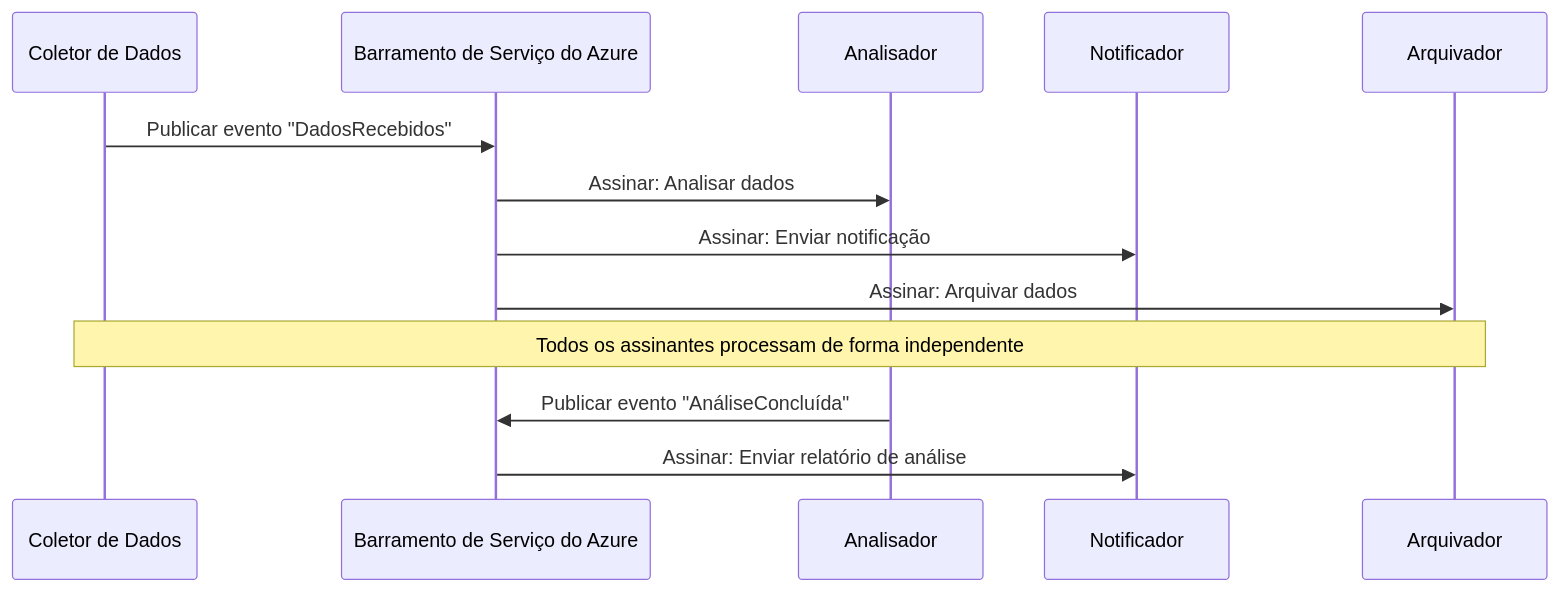
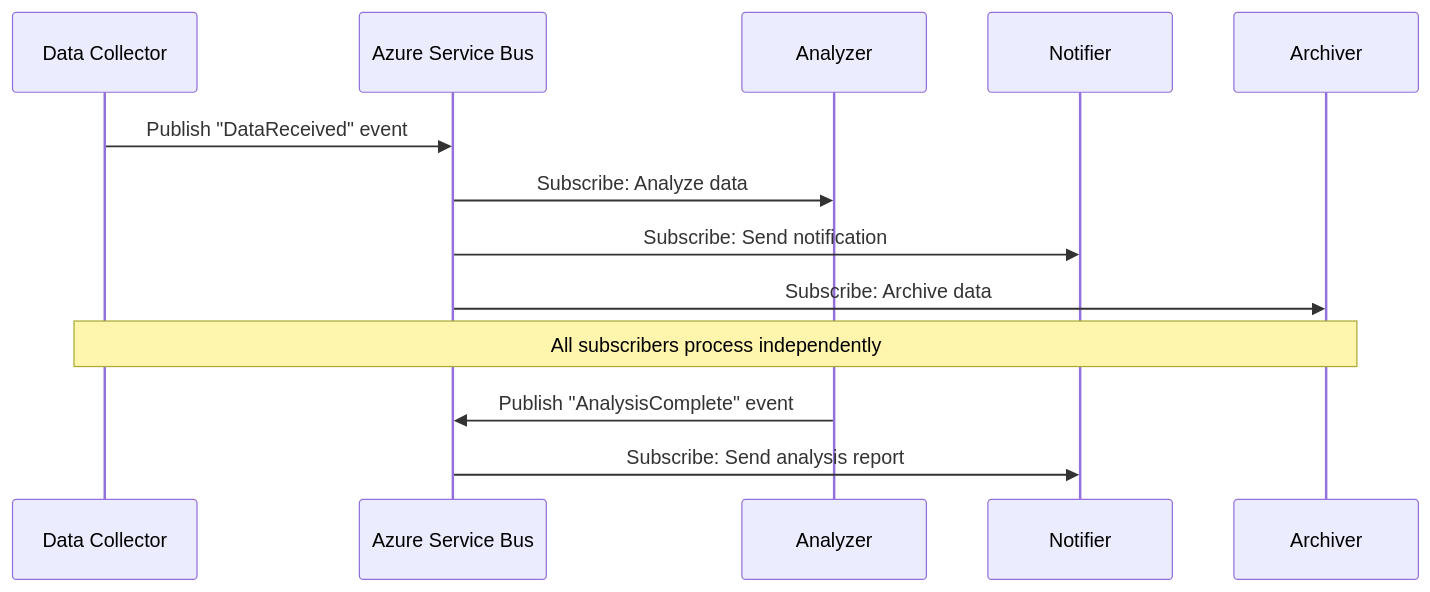
Before and after one commit to microsoft/AZD-for-beginners: the fifth of 7 diagrams in translations/pt-BR/docs/chapter-06-pre-deployment/coordination-patterns.md, drawn with Mermaid. The commit also changed other lines of this file and 145 other files, not shown here.

````diff
--- a/translations/pt-BR/docs/chapter-06-pre-deployment/coordination-patterns.md
+++ b/translations/pt-BR/docs/chapter-06-pre-deployment/coordination-patterns.md
@@ -185,18 +189,18 @@
 ```mermaid
 sequenceDiagram
-    participant Agent1 as Coletor de Dados
-    participant EventBus as Barramento de Serviço do Azure
-    participant Agent2 as Analisador
-    participant Agent3 as Notificador
-    participant Agent4 as Arquivador
+    participant Agent1 as Data Collector
+    participant EventBus as Azure Service Bus
+    participant Agent2 as Analyzer
+    participant Agent3 as Notifier
+    participant Agent4 as Archiver
     
-    Agent1->>EventBus: Publicar evento "DadosRecebidos"
-    EventBus->>Agent2: Assinar: Analisar dados
-    EventBus->>Agent3: Assinar: Enviar notificação
-    EventBus->>Agent4: Assinar: Arquivar dados
+    Agent1->>EventBus: Publish "DataReceived" event
+    EventBus->>Agent2: Subscribe: Analyze data
+    EventBus->>Agent3: Subscribe: Send notification
+    EventBus->>Agent4: Subscribe: Archive data
     
-    Note over Agent1,Agent4: Todos os assinantes processam de forma independente
+    Note over Agent1,Agent4: All subscribers process independently
     
-    Agent2->>EventBus: Publicar evento "AnáliseConcluída"
-    EventBus->>Agent3: Assinar: Enviar relatório de análise
+    Agent2->>EventBus: Publish "AnalysisComplete" event
+    EventBus->>Agent3: Subscribe: Send analysis report
 ```
````
